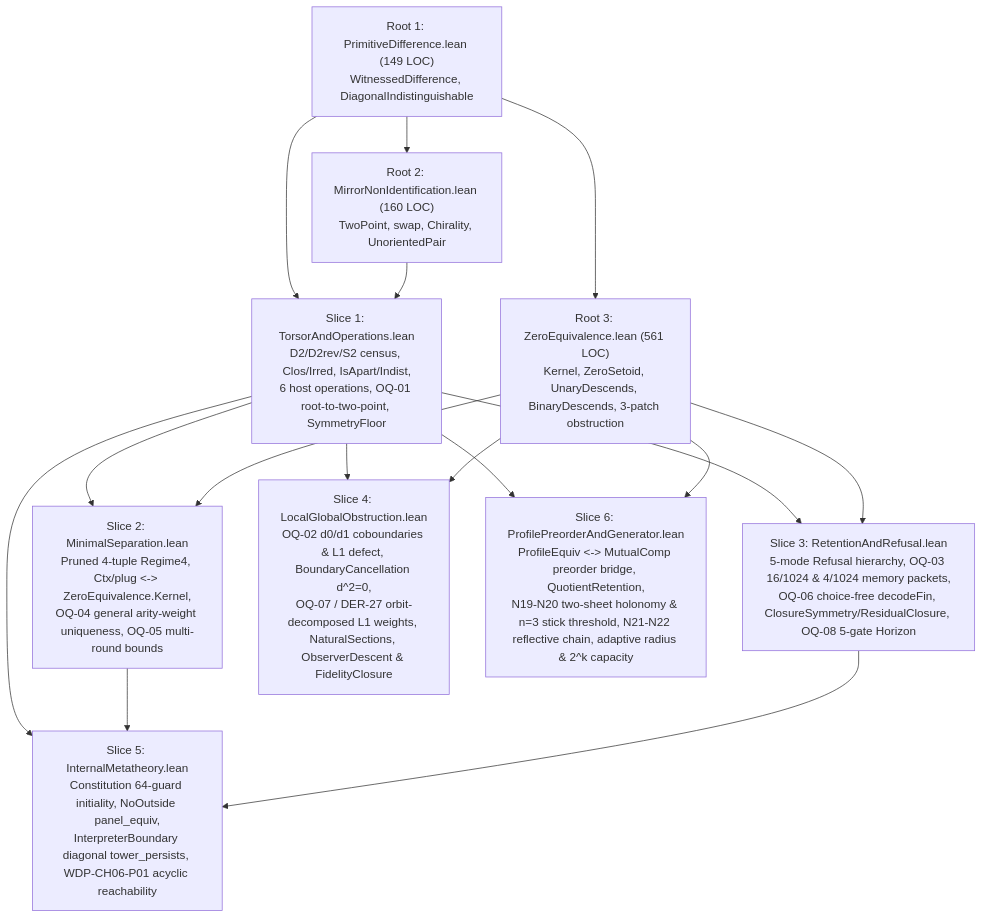
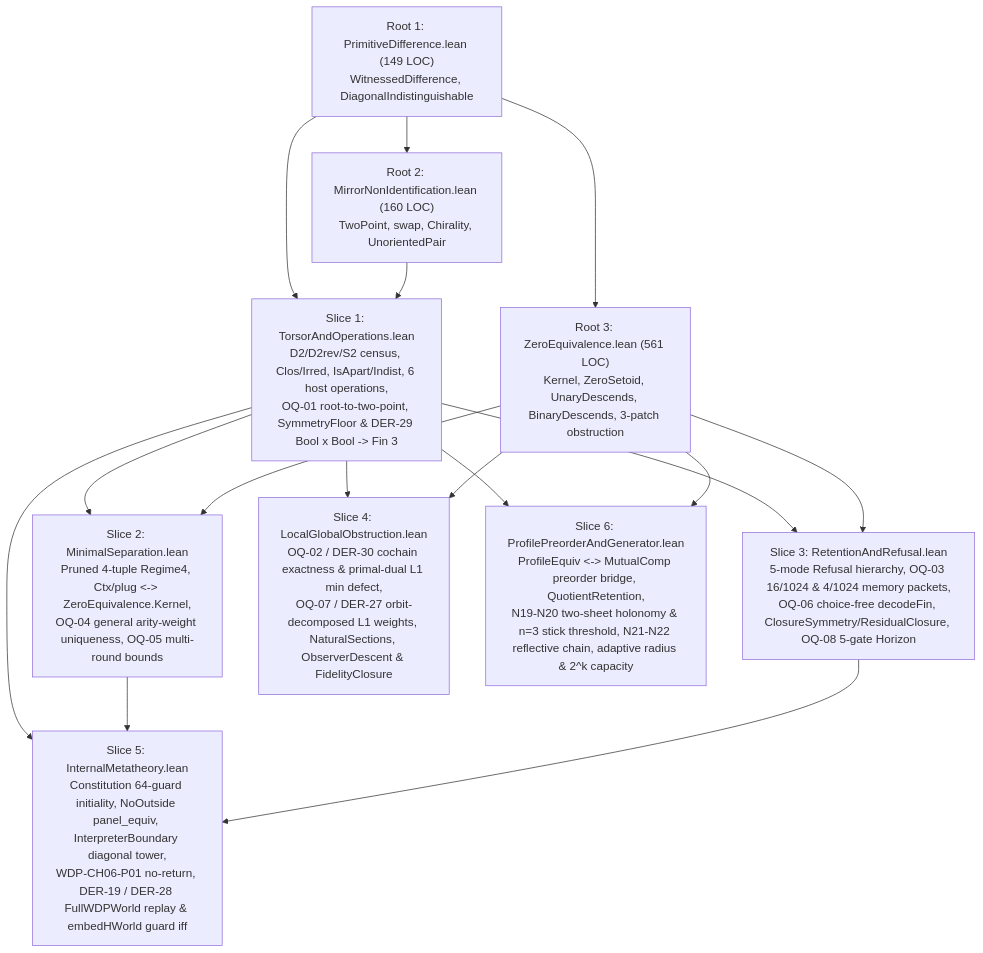
The diagram in audit/2026-11-05_minimal_chain/12_post_seal_adversary_and_roadmap.md (dbccpage/omega_codex), drawn with Mermaid before and after one commit. The commit also changed other lines of this file and 11 other files, not shown here.

Commit message:
refactor(lean,tests,audit): make all DER-29 theorems axiom-free and add DER-28/DER-29 mutation tests

````diff
--- a/audit/2026-11-05_minimal_chain/12_post_seal_adversary_and_roadmap.md
+++ b/audit/2026-11-05_minimal_chain/12_post_seal_adversary_and_roadmap.md
@@ -317,29 +317,29 @@
 ```mermaid
 flowchart TD
   PD["Root 1: PrimitiveDifference.lean (149 LOC)<br/>WitnessedDifference, DiagonalIndistinguishable"]
   MN["Root 2: MirrorNonIdentification.lean (160 LOC)<br/>TwoPoint, swap, Chirality, UnorientedPair"]
   ZE["Root 3: ZeroEquivalence.lean (561 LOC)<br/>Kernel, ZeroSetoid, UnaryDescends, BinaryDescends, 3-patch obstruction"]
 
-  S1["Slice 1: TorsorAndOperations.lean<br/>D2/D2rev/S2 census, Clos/Irred, IsApart/Indist,<br/>6 host operations, OQ-01 root-to-two-point, SymmetryFloor"]
+  S1["Slice 1: TorsorAndOperations.lean<br/>D2/D2rev/S2 census, Clos/Irred, IsApart/Indist, 6 host operations,<br/>OQ-01 root-to-two-point, SymmetryFloor & DER-29 Bool x Bool -> Fin 3"]
   S2["Slice 2: MinimalSeparation.lean<br/>Pruned 4-tuple Regime4, Ctx/plug <-> ZeroEquivalence.Kernel,<br/>OQ-04 general arity-weight uniqueness, OQ-05 multi-round bounds"]
   S3["Slice 3: RetentionAndRefusal.lean<br/>5-mode Refusal hierarchy, OQ-03 16/1024 & 4/1024 memory packets,<br/>OQ-06 choice-free decodeFin, ClosureSymmetry/ResidualClosure, OQ-08 5-gate Horizon"]
-  S4["Slice 4: LocalGlobalObstruction.lean<br/>OQ-02 d0/d1 coboundaries & L1 defect, BoundaryCancellation d^2=0,<br/>OQ-07 / DER-27 orbit-decomposed L1 weights, NaturalSections, ObserverDescent & FidelityClosure"]
-  S5["Slice 5: InternalMetatheory.lean<br/>Constitution 64-guard initiality, NoOutside panel_equiv,<br/>InterpreterBoundary diagonal tower_persists, WDP-CH06-P01 acyclic reachability"]
+  S4["Slice 4: LocalGlobalObstruction.lean<br/>OQ-02 / DER-30 cochain exactness & primal-dual L1 min defect,<br/>OQ-07 / DER-27 orbit-decomposed L1 weights, NaturalSections, ObserverDescent & FidelityClosure"]
+  S5["Slice 5: InternalMetatheory.lean<br/>Constitution 64-guard initiality, NoOutside panel_equiv, InterpreterBoundary diagonal tower,<br/>WDP-CH06-P01 no-return, DER-19 / DER-28 FullWDPWorld replay & embedHWorld guard iff"]
   S6["Slice 6: ProfilePreorderAndGenerator.lean<br/>ProfileEquiv <-> MutualComp preorder bridge, QuotientRetention,<br/>N19-N20 two-sheet holonomy & n=3 stick threshold, N21-N22 reflective chain, adaptive radius & 2^k capacity"]
 
   PD --> MN
   PD --> ZE
   PD --> S1
   MN --> S1
   S1 --> S2
   ZE --> S2
   S1 --> S3
   ZE --> S3
   S1 --> S4
   ZE --> S4
   S1 --> S5
   S2 --> S5
   S3 --> S5
   S1 --> S6
   ZE --> S6
 ```
````
